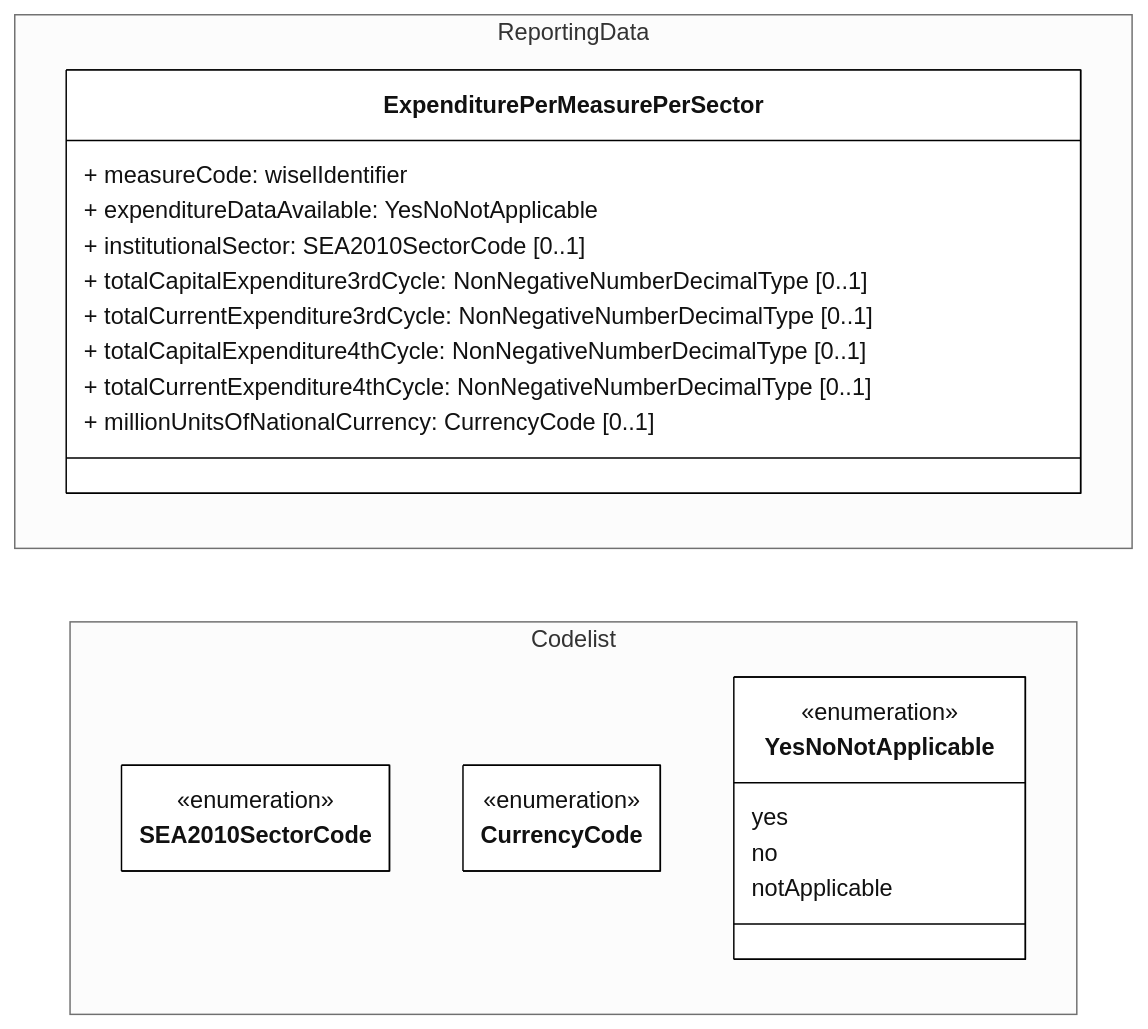
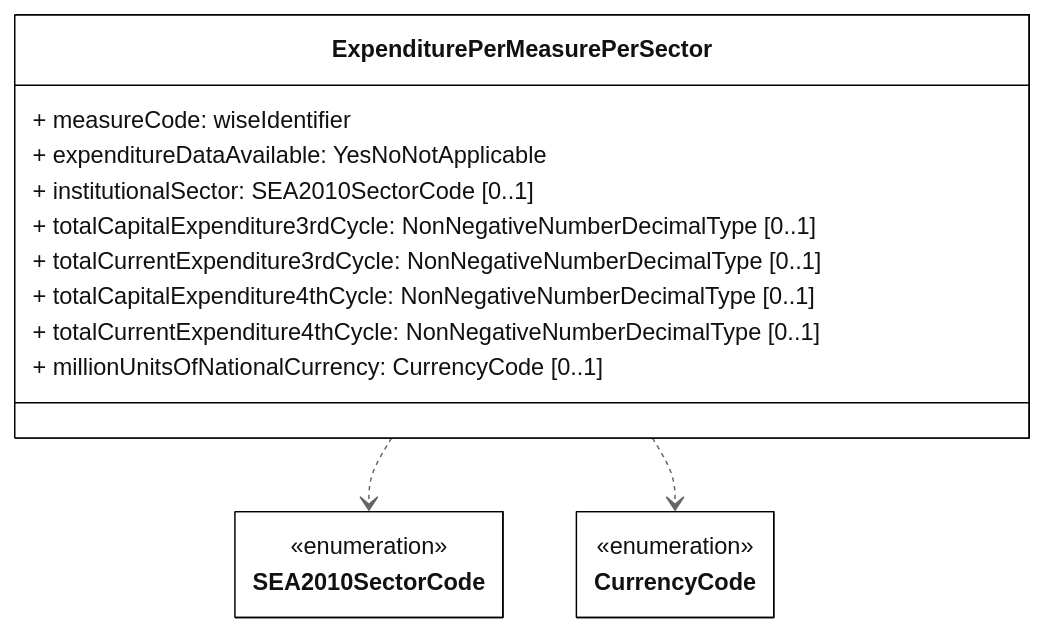
One commit to eeadata/WISE.WFD.Documentation changed the diagram in docs/DataModelReview/mmd/Measures_4thCycle_ExpenditurePerMeasurePerSector_ClassDiagram.mmd. Above: the diagram before and after it, drawn with Mermaid. The commit also changed 6 other files, not shown here.

```diff
--- a/docs/DataModelReview/mmd/Measures_4thCycle_ExpenditurePerMeasurePerSector_ClassDiagram.mmd
+++ b/docs/DataModelReview/mmd/Measures_4thCycle_ExpenditurePerMeasurePerSector_ClassDiagram.mmd
@@ -1,42 +1,36 @@
 ---
 config:
   class:
     hideEmptyMembersBox: true
   layout: dagre
   theme: neutral
 ---
 classDiagram
-direction LR
-namespace ReportingData{
+direction TB
+
 class ExpenditurePerMeasurePerSector {
- + measureCode: wiselIdentifier
- + expenditureDataAvailable: YesNoNotApplicable
- + institutionalSector: SEA2010SectorCode [0..1]
++ measureCode: wiseIdentifier
++ expenditureDataAvailable: YesNoNotApplicable
++ institutionalSector: SEA2010SectorCode [0..1]
 
- + totalCapitalExpenditure3rdCycle: NonNegativeNumberDecimalType [0..1]
- + totalCurrentExpenditure3rdCycle: NonNegativeNumberDecimalType [0..1]
++ totalCapitalExpenditure3rdCycle: NonNegativeNumberDecimalType [0..1]
++ totalCurrentExpenditure3rdCycle: NonNegativeNumberDecimalType [0..1]
 
- + totalCapitalExpenditure4thCycle: NonNegativeNumberDecimalType [0..1]
- + totalCurrentExpenditure4thCycle: NonNegativeNumberDecimalType [0..1]
++ totalCapitalExpenditure4thCycle: NonNegativeNumberDecimalType [0..1]
++ totalCurrentExpenditure4thCycle: NonNegativeNumberDecimalType [0..1]
 
- + millionUnitsOfNationalCurrency: CurrencyCode [0..1]
++ millionUnitsOfNationalCurrency: CurrencyCode [0..1]
 }
-}
-namespace Codelist{
+
 class SEA2010SectorCode{
     <<enumeration>>
     }
 class CurrencyCode{
     <<enumeration>>
     }
-class YesNoNotApplicable{
-    <<enumeration>>
-    yes
-    no
-    notApplicable
-    }
-}
 
+ExpenditurePerMeasurePerSector ..> SEA2010SectorCode
+ExpenditurePerMeasurePerSector ..> CurrencyCode
 
 classDef default fill:white,stroke:#000;
 classDef forFixing fill:white,stroke:#f00;
```
